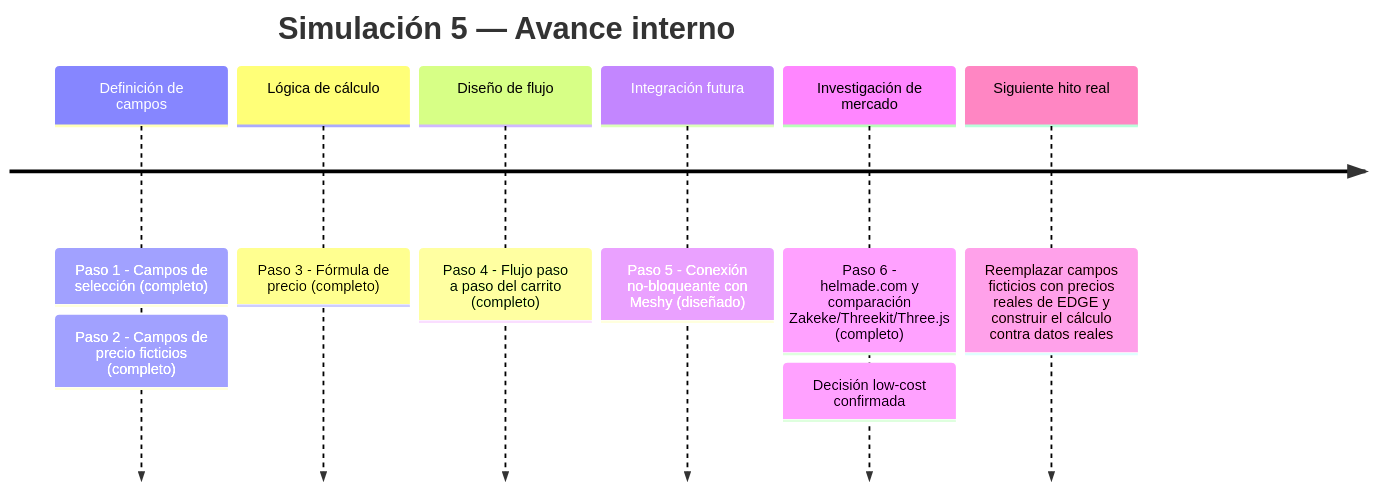
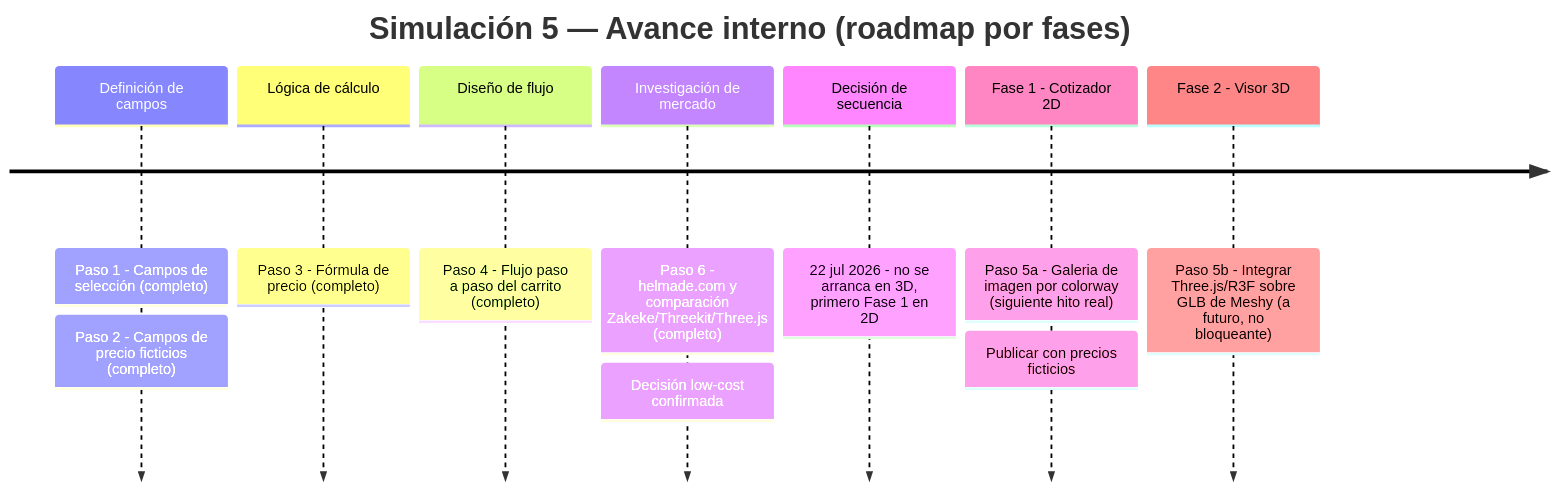
Before and after one commit to juandroeleven-jpg/SAAAS-Marketing: the third of 4 diagrams in proyectos/edge-cascos/documentos/simulaciones-cc/simulacion-5-cotizador.md, drawn with Mermaid. The commit also changed other lines of this file, not shown here.

First line of the commit message:
Reorganizar cotizador como roadmap por fases (2D antes de 3D)

````diff
--- a/proyectos/edge-cascos/documentos/simulaciones-cc/simulacion-5-cotizador.md
+++ b/proyectos/edge-cascos/documentos/simulaciones-cc/simulacion-5-cotizador.md
@@ -61,10 +91,11 @@
 ```mermaid
 timeline
-    title Simulación 5 — Avance interno
+    title Simulación 5 — Avance interno (roadmap por fases)
     Definición de campos : Paso 1 - Campos de selección (completo) : Paso 2 - Campos de precio ficticios (completo)
     Lógica de cálculo : Paso 3 - Fórmula de precio (completo)
     Diseño de flujo : Paso 4 - Flujo paso a paso del carrito (completo)
-    Integración futura : Paso 5 - Conexión no-bloqueante con Meshy (diseñado)
     Investigación de mercado : Paso 6 - helmade.com y comparación Zakeke/Threekit/Three.js (completo) : Decisión low-cost confirmada
-    Siguiente hito real : Reemplazar campos ficticios con precios reales de EDGE y construir el cálculo contra datos reales
+    Decisión de secuencia : 22 jul 2026 - no se arranca en 3D, primero Fase 1 en 2D
+    Fase 1 - Cotizador 2D : Paso 5a - Galeria de imagen por colorway (siguiente hito real) : Publicar con precios ficticios
+    Fase 2 - Visor 3D : Paso 5b - Integrar Three.js/R3F sobre GLB de Meshy (a futuro, no bloqueante)
 ```
````
